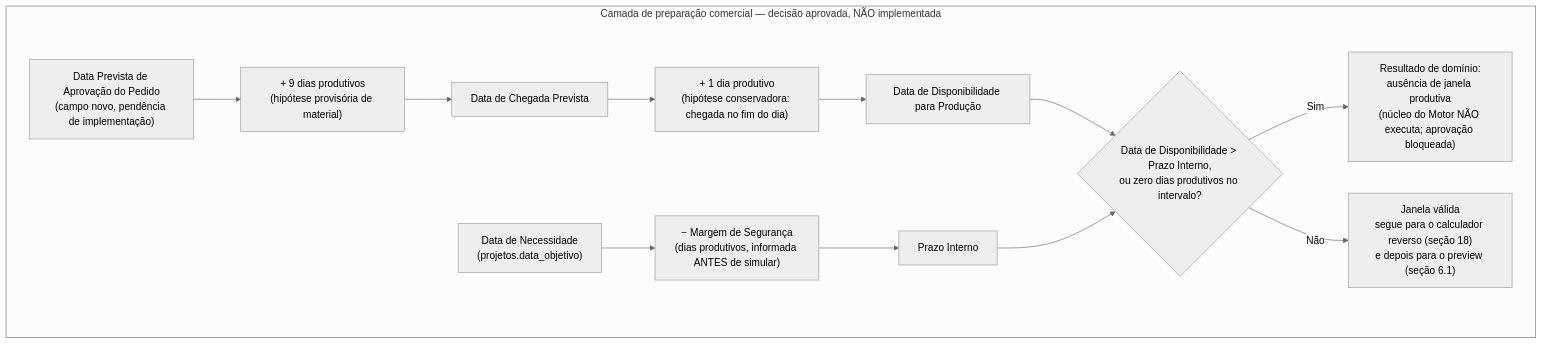
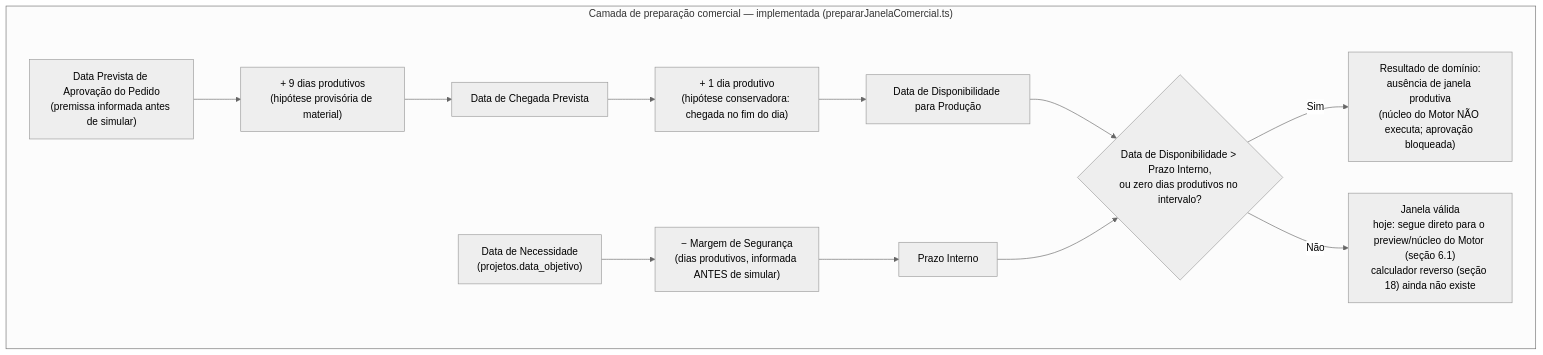
The third of 3 diagrams in knowledge/arquitetura-tecnica/PAD-008_Motor_Capacidade.md (nexotfe/sistema-producao), drawn with Mermaid (neutral theme) before and after one commit. The commit also changed other lines of this file, not shown here.

Commit message:
docs(arquitetura-tecnica): atualiza PAD-008 - seção 17 implementada (Entrega 1)

````diff
--- a/knowledge/arquitetura-tecnica/PAD-008_Motor_Capacidade.md
+++ b/knowledge/arquitetura-tecnica/PAD-008_Motor_Capacidade.md
@@ -201,15 +227,15 @@
 ```mermaid
 flowchart TD
-    subgraph PrepAlvo["Camada de preparação comercial — decisão aprovada, NÃO implementada"]
-        A["Data Prevista de Aprovação do Pedido<br/>(campo novo, pendência de implementação)"] --> B["+ 9 dias produtivos<br/>(hipótese provisória de material)"]
+    subgraph PrepAlvo["Camada de preparação comercial — implementada (prepararJanelaComercial.ts)"]
+        A["Data Prevista de Aprovação do Pedido<br/>(premissa informada antes de simular)"] --> B["+ 9 dias produtivos<br/>(hipótese provisória de material)"]
         B --> C["Data de Chegada Prevista"]
         C --> D["+ 1 dia produtivo<br/>(hipótese conservadora: chegada no fim do dia)"]
         D --> E["Data de Disponibilidade para Produção"]
         F["Data de Necessidade<br/>(projetos.data_objetivo)"] --> G["− Margem de Segurança<br/>(dias produtivos, informada ANTES de simular)"]
         G --> H["Prazo Interno"]
         E --> I{"Data de Disponibilidade > Prazo Interno,<br/>ou zero dias produtivos no intervalo?"}
         H --> I
         I -- "Sim" --> J["Resultado de domínio:<br/>ausência de janela produtiva<br/>(núcleo do Motor NÃO executa; aprovação bloqueada)"]
-        I -- "Não" --> K["Janela válida<br/>segue para o calculador reverso (seção 18)<br/>e depois para o preview (seção 6.1)"]
+        I -- "Não" --> K["Janela válida<br/>hoje: segue direto para o preview/núcleo do Motor (seção 6.1)<br/>calculador reverso (seção 18) ainda não existe"]
     end
 ```
````
